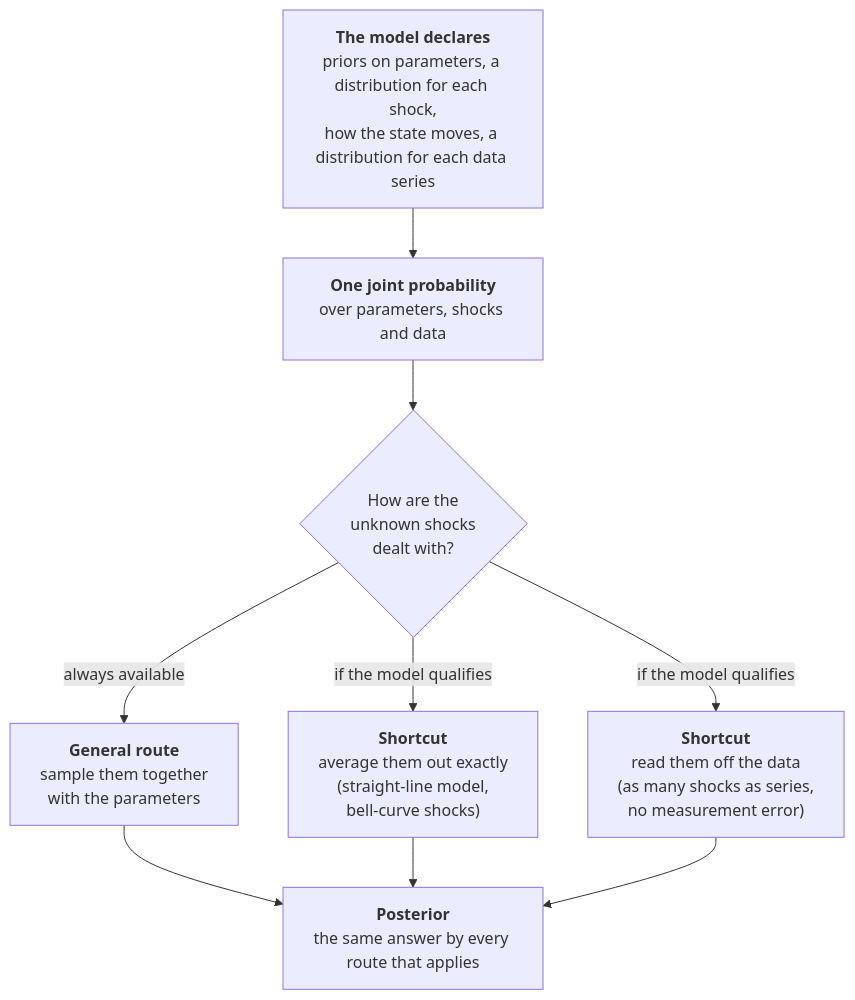
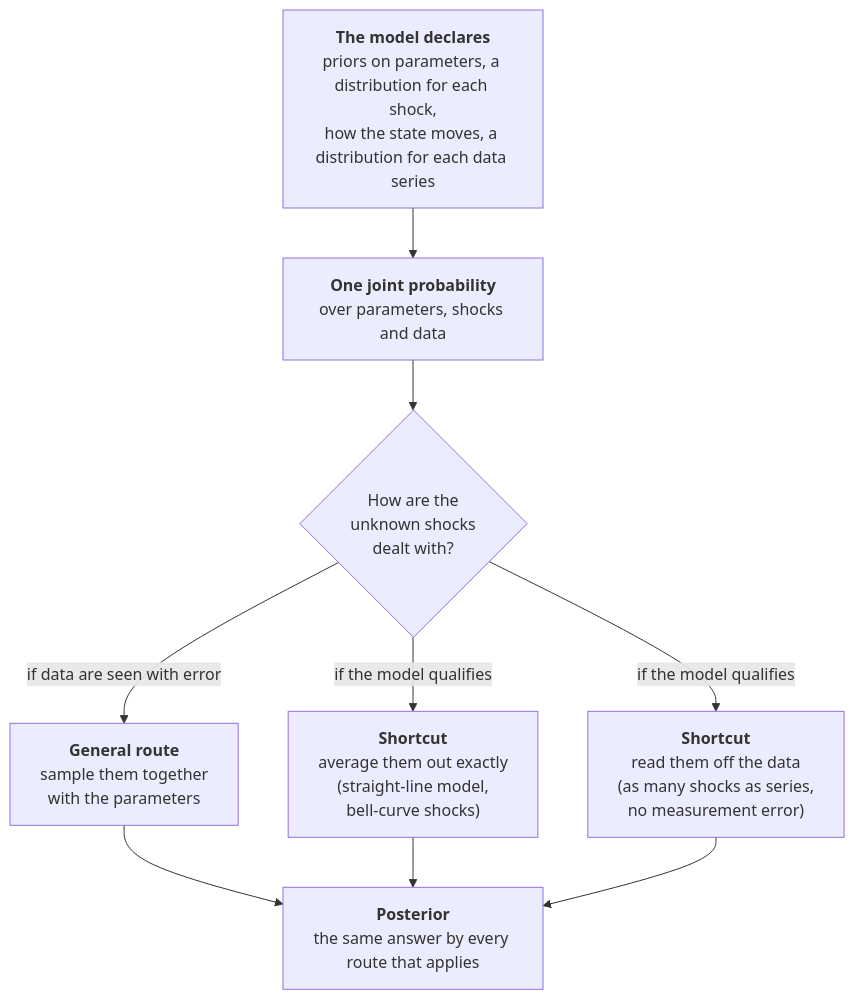
The fifth of 5 diagrams in README.md (peterrickwood/mutatis), drawn with Mermaid before and after one commit. The commit also changed other lines of this file and 2 other files, not shown here.

````diff
--- a/README.md
+++ b/README.md
@@ -253,14 +253,14 @@
 ```mermaid
 flowchart TB
     m["<b>The model declares</b><br/>priors on parameters, a distribution for each shock,<br/>how the state moves, a distribution for each data series"]
     j["<b>One joint probability</b><br/>over parameters, shocks and data"]
     q{"How are the<br/>unknown shocks<br/>dealt with?"}
     g["<b>General route</b><br/>sample them together<br/>with the parameters"]
     k["<b>Shortcut</b><br/>average them out exactly<br/>(straight-line model,<br/>bell-curve shocks)"]
     v["<b>Shortcut</b><br/>read them off the data<br/>(as many shocks as series,<br/>no measurement error)"]
     p["<b>Posterior</b><br/>the same answer by every route that applies"]
     m --> j --> q
-    q -- "always available" --> g --> p
+    q -- "if data are seen with error" --> g --> p
     q -- "if the model qualifies" --> k --> p
     q -- "if the model qualifies" --> v --> p
 ```
````
